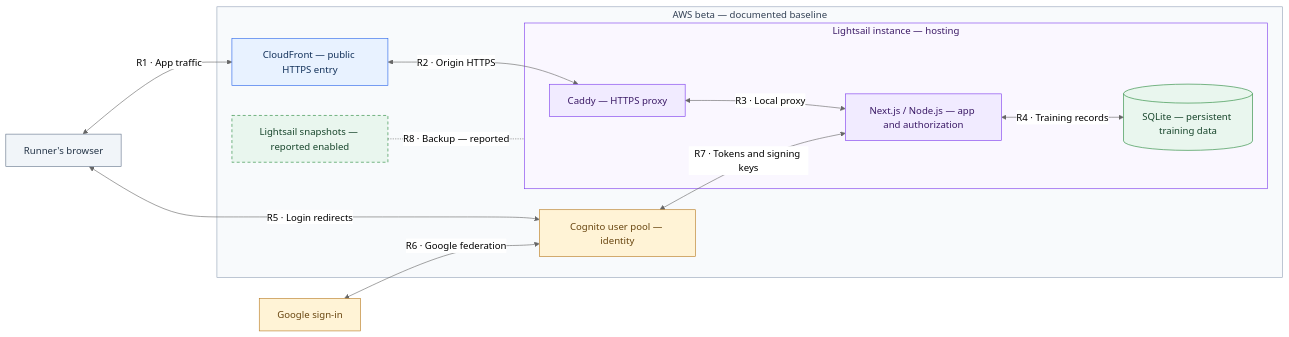
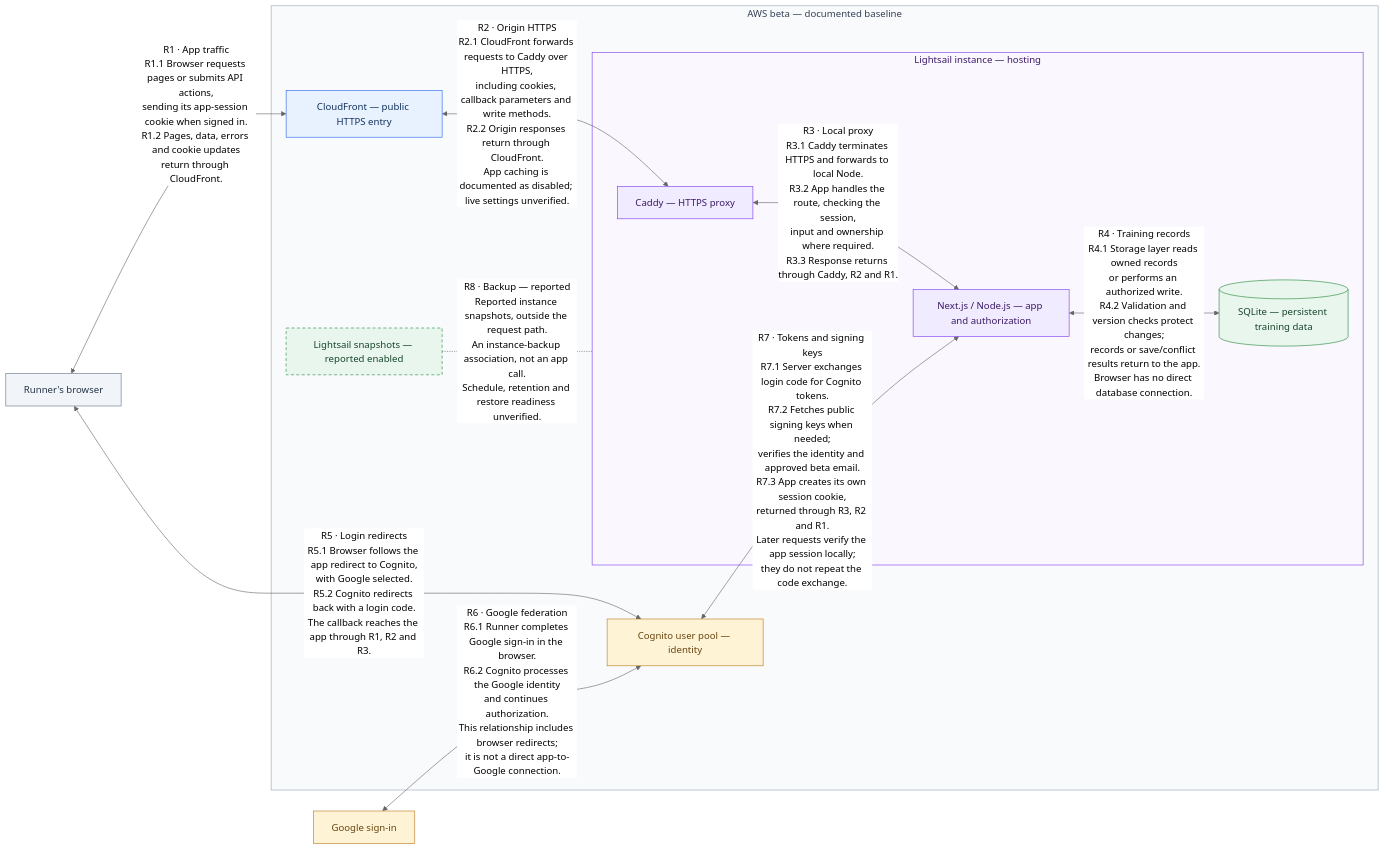
Before and after one commit to HewieTran/forrest-runs: the first of 2 diagrams in docs/architecture.md, drawn with Mermaid (neutral theme). The commit also changed other lines of this file, not shown here.

Commit message:
docs: embed flow explanations inside architecture diagrams

````diff
--- a/docs/architecture.md
+++ b/docs/architecture.md
@@ -55,40 +56,76 @@
 ```mermaid
 flowchart LR
     browser["Runner's browser"]
     google["Google sign-in"]
 
     subgraph aws["AWS beta — documented baseline"]
         edge["CloudFront — public HTTPS entry"]
         cognito["Cognito user pool — identity"]
         snapshots["Lightsail snapshots — reported enabled"]
         subgraph host["Lightsail instance — hosting"]
             caddy["Caddy — HTTPS proxy"]
             app["Next.js / Node.js — app and authorization"]
             db[("SQLite — persistent training data")]
-            caddy <-->|"R3 · Local proxy"| app
-            app <-->|"R4 · Training records"| db
+            caddy <-->|"`R3 · Local proxy
+R3.1 Caddy terminates HTTPS and forwards to local Node.
+R3.2 App handles the route, checking the session,
+input and ownership where required.
+R3.3 Response returns through Caddy, R2 and R1.`"| app
+            app <-->|"`R4 · Training records
+R4.1 Storage layer reads owned records
+or performs an authorized write.
+R4.2 Validation and version checks protect changes;
+records or save/conflict results return to the app.
+Browser has no direct database connection.`"| db
         end
-        edge <-->|"R2 · Origin HTTPS"| caddy
-        cognito <-->|"R7 · Tokens and signing keys"| app
-        snapshots -.-|"R8 · Backup — reported"| host
+        edge <-->|"`R2 · Origin HTTPS
+R2.1 CloudFront forwards requests to Caddy over HTTPS,
+including cookies, callback parameters and write methods.
+R2.2 Origin responses return through CloudFront.
+App caching is documented as disabled; live settings unverified.`"| caddy
+        cognito <-->|"`R7 · Tokens and signing keys
+R7.1 Server exchanges login code for Cognito tokens.
+R7.2 Fetches public signing keys when needed;
+verifies the identity and approved beta email.
+R7.3 App creates its own session cookie,
+returned through R3, R2 and R1.
+Later requests verify the app session locally;
+they do not repeat the code exchange.`"| app
+        snapshots -.-|"`R8 · Backup — reported
+Reported instance snapshots, outside the request path.
+An instance-backup association, not an app call.
+Schedule, retention and restore readiness unverified.`"| host
     end
 
-    browser <-->|"R1 · App traffic"| edge
-    browser <-->|"R5 · Login redirects"| cognito
-    google <-->|"R6 · Google federation"| cognito
+    browser <-->|"`R1 · App traffic
+R1.1 Browser requests pages or submits API actions,
+sending its app-session cookie when signed in.
+R1.2 Pages, data, errors and cookie updates
+return through CloudFront.`"| edge
+    browser <-->|"`R5 · Login redirects
+R5.1 Browser follows the app redirect to Cognito,
+with Google selected.
+R5.2 Cognito redirects back with a login code.
+The callback reaches the app through R1, R2 and R3.`"| cognito
+    google <-->|"`R6 · Google federation
+R6.1 Runner completes Google sign-in in the browser.
+R6.2 Cognito processes the Google identity
+and continues authorization.
+This relationship includes browser redirects;
+it is not a direct app-to-Google connection.`"| cognito
 
     classDef client fill:#F1F5F9,stroke:#64748B,color:#243447
     classDef network fill:#E8F2FF,stroke:#2563EB,color:#12315A
     classDef compute fill:#F1EBFF,stroke:#7C3AED,color:#3B1A66
     classDef identity fill:#FFF3D6,stroke:#B7791F,color:#68450F
     classDef storage fill:#E9F6EE,stroke:#238636,color:#17452B
     classDef reported fill:#E9F6EE,stroke:#238636,color:#17452B,stroke-dasharray:5 4
     class browser client
     class edge network
     class caddy,app compute
     class cognito,google identity
     class db storage
     class snapshots reported
     style aws fill:#F8FAFC,stroke:#94A3B8,color:#334155
     style host fill:#FAF7FF,stroke:#7C3AED,color:#3B1A66
 ```
````
